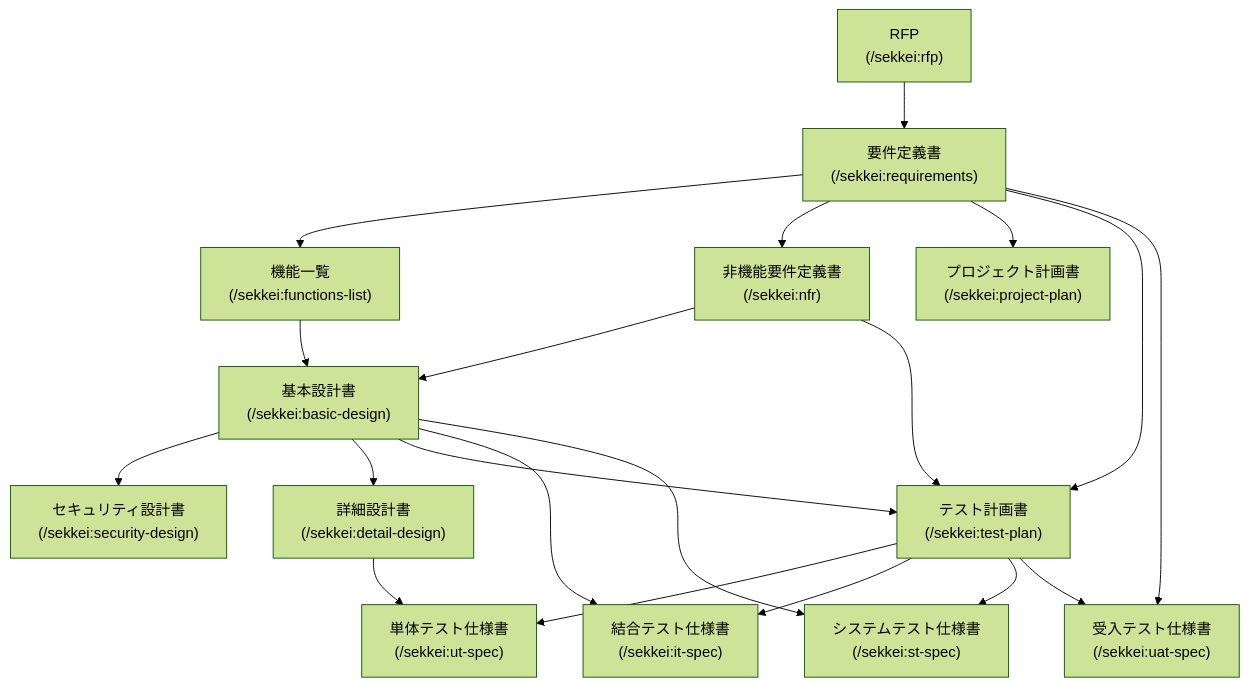
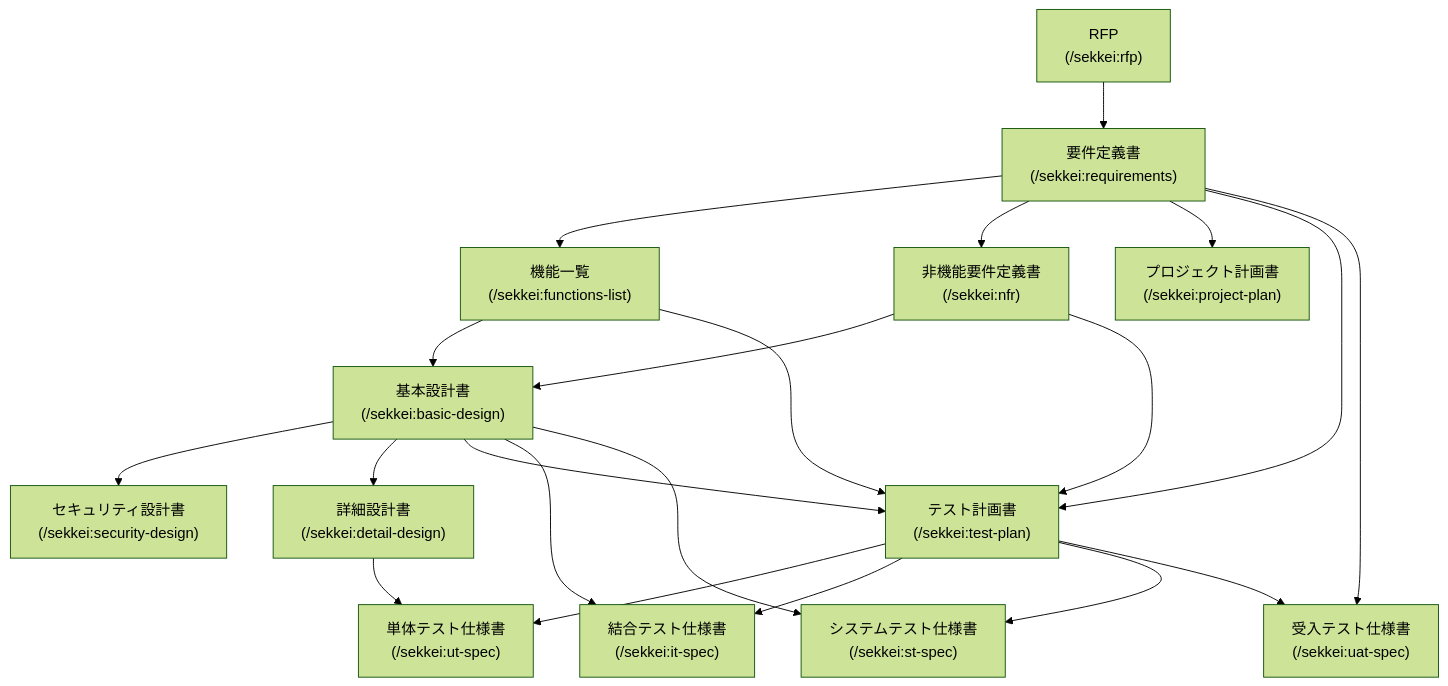
One commit to bienhoang/sekkei-ai-agents changed the second of 3 diagrams in docs/user-guide/02-v-model-and-documents.md. Above: the diagram before and after it, drawn with Mermaid (forest theme). The commit also changed other lines of this file and 2 other files, not shown here.

````diff
--- a/docs/user-guide/02-v-model-and-documents.md
+++ b/docs/user-guide/02-v-model-and-documents.md
@@ -41,22 +41,23 @@
 ```mermaid
 flowchart TD
     RFP["RFP\n(/sekkei:rfp)"] --> REQ["要件定義書\n(/sekkei:requirements)"]
     REQ --> FL["機能一覧\n(/sekkei:functions-list)"]
     REQ --> NFR["非機能要件定義書\n(/sekkei:nfr)"]
     REQ --> PP["プロジェクト計画書\n(/sekkei:project-plan)"]
     FL --> BD["基本設計書\n(/sekkei:basic-design)"]
     NFR --> BD
     BD --> SD["セキュリティ設計書\n(/sekkei:security-design)"]
     BD --> DD["詳細設計書\n(/sekkei:detail-design)"]
     BD --> TP["テスト計画書\n(/sekkei:test-plan)"]
     NFR --> TP
     REQ --> TP
+    FL --> TP
     DD --> UT["単体テスト仕様書\n(/sekkei:ut-spec)"]
     BD --> IT["結合テスト仕様書\n(/sekkei:it-spec)"]
     BD --> ST["システムテスト仕様書\n(/sekkei:st-spec)"]
     REQ --> UAT["受入テスト仕様書\n(/sekkei:uat-spec)"]
     TP --> UT
     TP --> IT
     TP --> ST
     TP --> UAT
 ```
````
